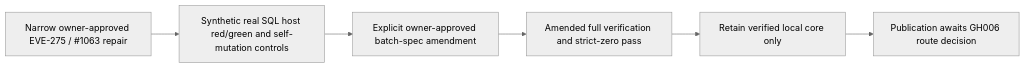
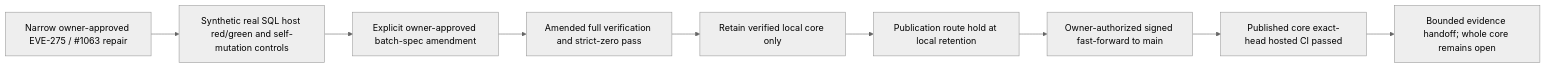
One commit to Resnovas/Eventiva changed the first of 38 diagrams in docs/planning/timeline.md. Above: the diagram before and after it, drawn with Mermaid (neutral theme). The commit also changed other lines of this file, not shown here.

First line of the commit message:
docs(planning): record core publication and CI evidence

````diff
--- a/docs/planning/timeline.md
+++ b/docs/planning/timeline.md
@@ -18,8 +18,11 @@
 ```mermaid
 flowchart LR
     Approval["Narrow owner-approved EVE-275 / #1063 repair"] --> Proof["Synthetic real SQL host red/green and self-mutation controls"]
     Proof --> Amendment["Explicit owner-approved batch-spec amendment"]
     Amendment --> Gates["Amended full verification and strict-zero pass"]
     Gates --> Retain["Retain verified local core only"]
-    Retain --> Route["Publication awaits GH006 route decision"]
+    Retain --> Route["Publication route hold at local retention"]
+    Route --> Publish["Owner-authorized signed fast-forward to main"]
+    Publish --> CI["Published core exact-head hosted CI passed"]
+    CI --> Handoff["Bounded evidence handoff; whole core remains open"]
 ```
````
